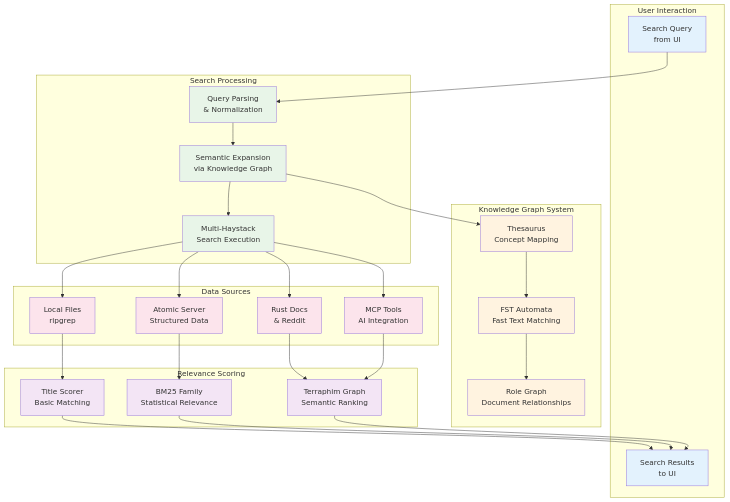
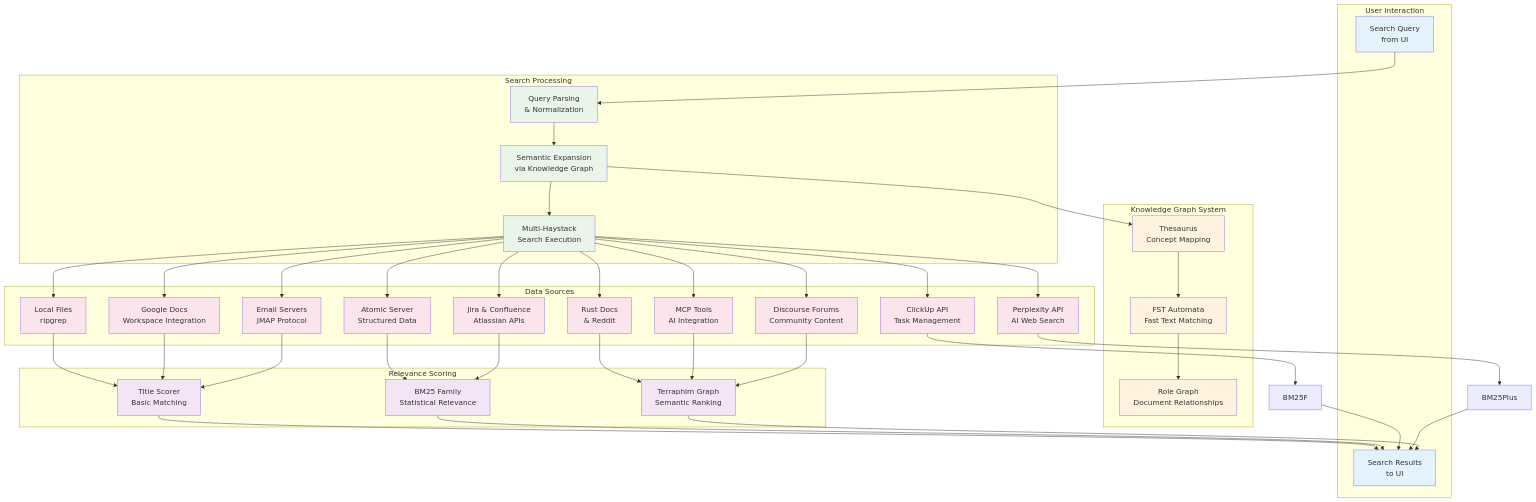
One commit to terraphim/terraphim-ai changed the second of 8 diagrams in docs/src/Architecture.md. Above: the diagram before and after it, drawn with Mermaid. The commit also changed other lines of this file and 11 other files, not shown here.

Commit message:
docs(architecture): update diagrams

````diff
--- a/docs/src/Architecture.md
+++ b/docs/src/Architecture.md
@@ -114,7 +268,13 @@
         Ripgrep[Local Files<br/>ripgrep]
         Atomic[Atomic Server<br/>Structured Data]
         QueryRs[Rust Docs<br/>& Reddit]
+        ClickUp[ClickUp API<br/>Task Management]
         MCP[MCP Tools<br/>AI Integration]
+        Perplexity[Perplexity API<br/>AI Web Search]
+        GoogleDocs[Google Docs<br/>Workspace Integration]
+        Atlassian[Jira & Confluence<br/>Atlassian APIs]
+        Discourse[Discourse Forums<br/>Community Content]
+        JMAP[Email Servers<br/>JMAP Protocol]
     end
 
     Query --> Parse
@@ -128,15 +288,29 @@
     Execute --> Ripgrep
     Execute --> Atomic
     Execute --> QueryRs
+    Execute --> ClickUp
     Execute --> MCP
+    Execute --> Perplexity
+    Execute --> GoogleDocs
+    Execute --> Atlassian
+    Execute --> Discourse
+    Execute --> JMAP
 
     Ripgrep --> TitleScorer
     Atomic --> BM25
     QueryRs --> TerraphimGraph
+    ClickUp --> BM25F
     MCP --> TerraphimGraph
+    Perplexity --> BM25Plus
+    GoogleDocs --> TitleScorer
+    Atlassian --> BM25
+    Discourse --> TerraphimGraph
+    JMAP --> TitleScorer
 
     TitleScorer --> Results
     BM25 --> Results
+    BM25F --> Results
+    BM25Plus --> Results
     TerraphimGraph --> Results
 
     classDef userLayer fill:#e3f2fd
@@ -149,5 +323,5 @@
     class Parse,Expand,Execute processLayer
     class Thesaurus,Automata,Graph knowledgeLayer
     class TitleScorer,BM25,TerraphimGraph scoreLayer
-    class Ripgrep,Atomic,QueryRs,MCP dataLayer
+    class Ripgrep,Atomic,QueryRs,ClickUp,MCP,Perplexity,GoogleDocs,Atlassian,Discourse,JMAP dataLayer
 ```
````
